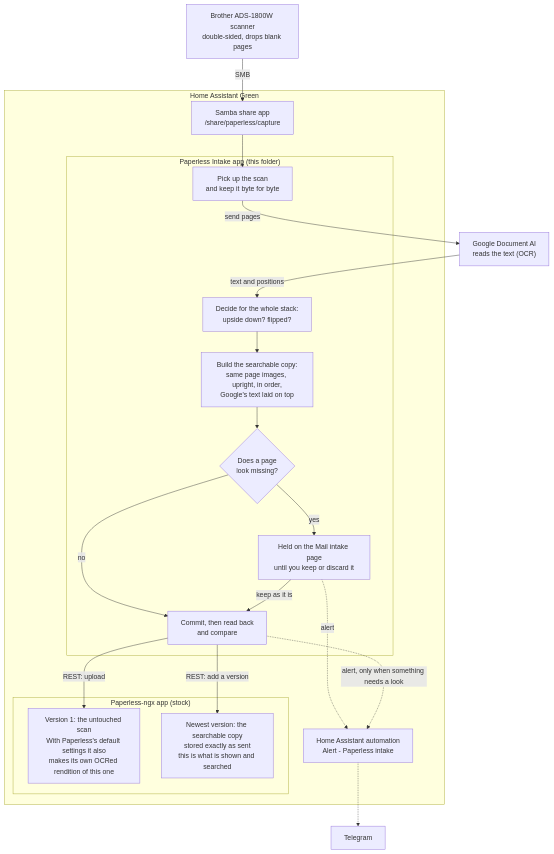
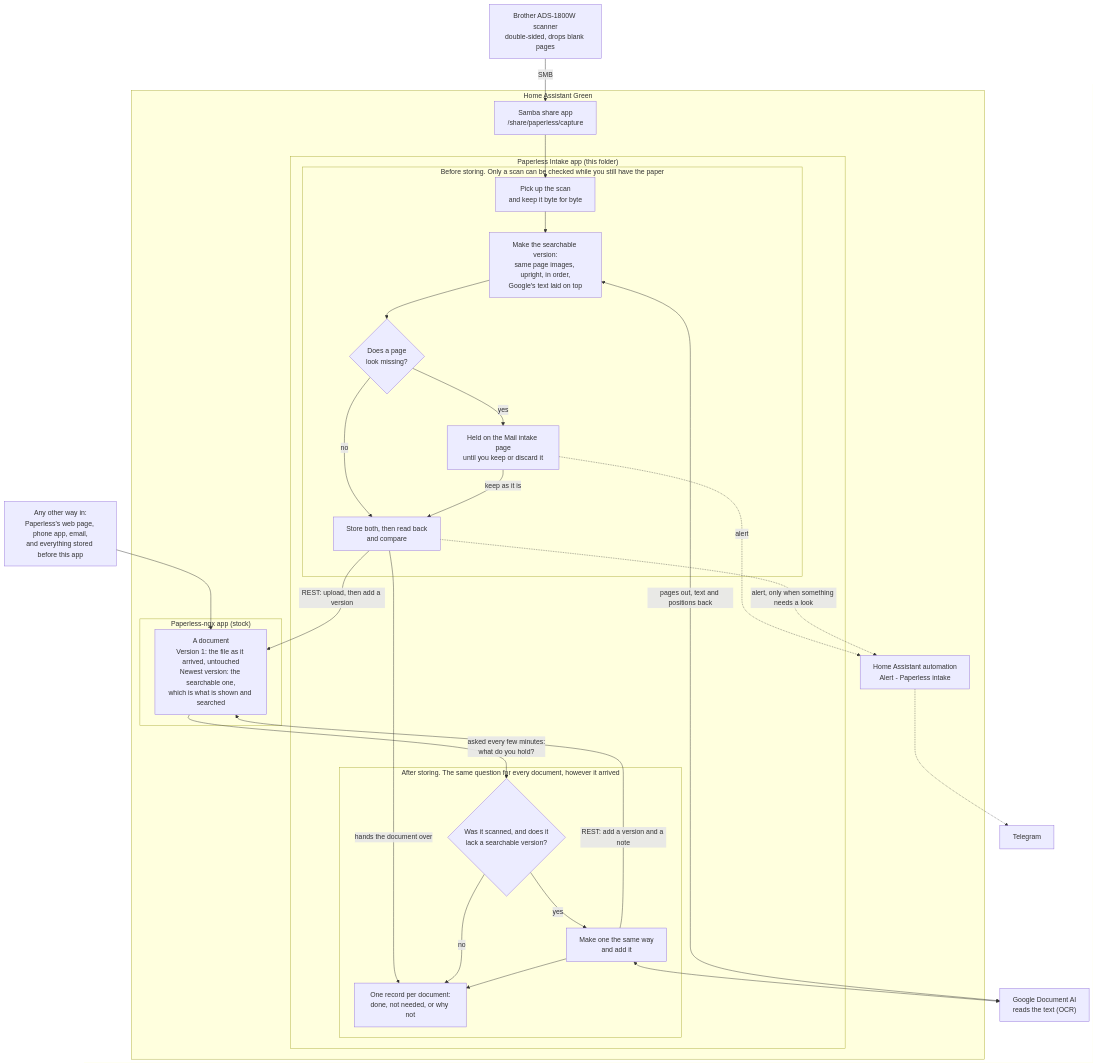
The diagram in paperless-ngx-intake/README.md (JaneJeon/homeassistant-apps), drawn with Mermaid before and after one commit. The commit also changed other lines of this file and 22 other files, not shown here.

First line of the commit message:
Paperless Intake 1.3.0: look after every document in Paperless, however it arrived

````diff
--- a/paperless-ngx-intake/README.md
+++ b/paperless-ngx-intake/README.md
@@ -7,39 +7,50 @@
 ```mermaid
 flowchart TD
     scanner["Brother ADS-1800W scanner<br/>double-sided, drops blank pages"]
+    doors["Any other way in:<br/>Paperless's web page, phone app, email,<br/>and everything stored before this app"]
     google["Google Document AI<br/>reads the text (OCR)"]
     telegram["Telegram"]
 
     subgraph green["Home Assistant Green"]
         samba["Samba share app<br/>/share/paperless/capture"]
 
         subgraph intake["Paperless Intake app (this folder)"]
-            pick["Pick up the scan<br/>and keep it byte for byte"]
-            stack["Decide for the whole stack:<br/>upside down? flipped?"]
-            copy["Build the searchable copy:<br/>same page images, upright, in order,<br/>Google's text laid on top"]
-            gap{"Does a page<br/>look missing?"}
-            held["Held on the Mail intake page<br/>until you keep or discard it"]
-            commit["Commit, then read back<br/>and compare"]
+            subgraph first["Before storing. Only a scan can be checked while you still have the paper"]
+                pick["Pick up the scan<br/>and keep it byte for byte"]
+                make["Make the searchable version:<br/>same page images, upright, in order,<br/>Google's text laid on top"]
+                gap{"Does a page<br/>look missing?"}
+                held["Held on the Mail intake page<br/>until you keep or discard it"]
+                store["Store both, then read back<br/>and compare"]
+            end
+            subgraph second["After storing. The same question for every document, however it arrived"]
+                need{"Was it scanned, and does it<br/>lack a searchable version?"}
+                add["Make one the same way<br/>and add it"]
+                record["One record per document:<br/>done, not needed, or why not"]
+            end
         end
 
         subgraph paperless["Paperless-ngx app (stock)"]
-            v1["Version 1: the untouched scan<br/>With Paperless's default settings it also<br/>makes its own OCRed rendition of this one"]
-            vn["Newest version: the searchable copy<br/>stored exactly as sent<br/>this is what is shown and searched"]
+            doc["A document<br/>Version 1: the file as it arrived, untouched<br/>Newest version: the searchable one,<br/>which is what is shown and searched"]
         end
 
         ha["Home Assistant automation<br/>Alert - Paperless intake"]
     end
 
-    scanner -- "SMB" --> samba --> pick
-    pick -- "send pages" --> google
-    google -- "text and positions" --> stack
-    stack --> copy --> gap
+    scanner -- "SMB" --> samba --> pick --> make --> gap
     gap -- "yes" --> held
-    gap -- "no" --> commit
-    held -- "keep as it is" --> commit
-    commit -- "REST: upload" --> v1
-    commit -- "REST: add a version" --> vn
+    gap -- "no" --> store
+    held -- "keep as it is" --> store
+    store -- "REST: upload, then add a version" --> doc
+    store -- "hands the document over" --> record
+    doors --> doc
+    doc -- "asked every few minutes:<br/>what do you hold?" --> need
+    need -- "yes" --> add
+    need -- "no" --> record
+    add -- "REST: add a version and a note" --> doc
+    add --> record
+    make <-- "pages out, text and positions back" --> google
+    add <--> google
     held -. "alert" .-> ha
-    commit -. "alert, only when something needs a look" .-> ha
+    store -. "alert, only when something needs a look" .-> ha
     ha -.-> telegram
 ```
````
